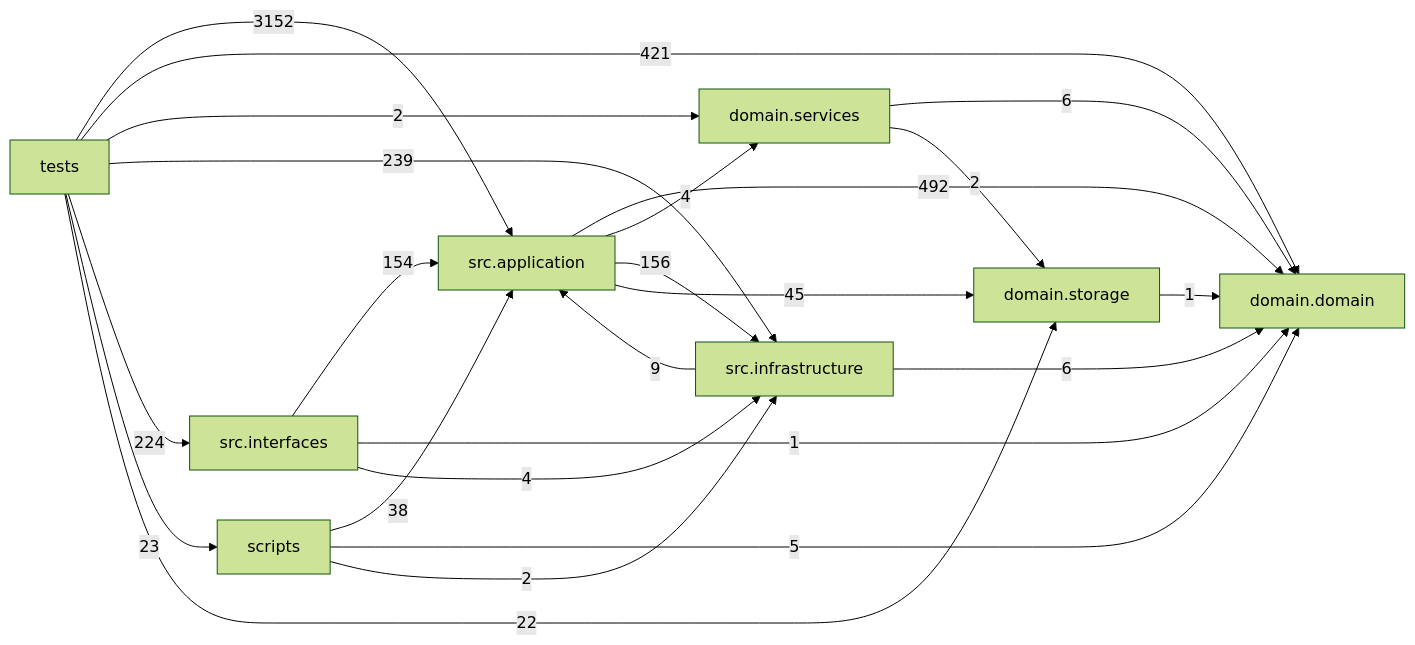
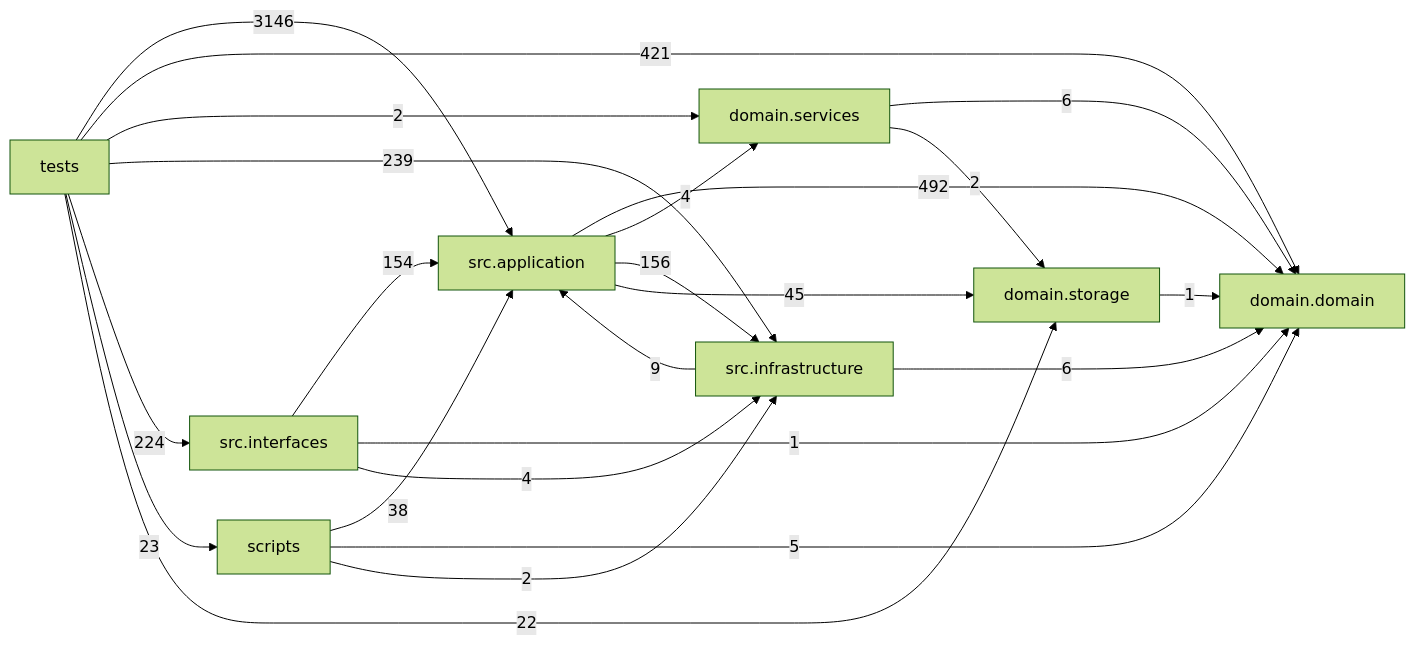
One commit to liuxie066/options-monitor changed the diagram in docs/DEPENDENCY_GRAPH.md. Above: the diagram before and after it, drawn with Mermaid (forest theme). The commit also changed other lines of this file and 14 other files, not shown here.

````diff
--- a/docs/DEPENDENCY_GRAPH.md
+++ b/docs/DEPENDENCY_GRAPH.md
@@ -24,33 +24,33 @@
 ```mermaid
 flowchart LR
   tests["tests"]
   scripts["scripts"]
   interfaces["src.interfaces"]
   application["src.application"]
   infrastructure["src.infrastructure"]
   domain_services["domain.services"]
   domain["domain.domain"]
   storage["domain.storage"]
   application -->|492| domain
   application -->|4| domain_services
   application -->|156| infrastructure
   application -->|45| storage
   domain_services -->|6| domain
   domain_services -->|2| storage
   infrastructure -->|9| application
   infrastructure -->|6| domain
   interfaces -->|154| application
   interfaces -->|1| domain
   interfaces -->|4| infrastructure
   scripts -->|38| application
   scripts -->|5| domain
   scripts -->|2| infrastructure
   storage -->|1| domain
-  tests -->|3152| application
+  tests -->|3146| application
   tests -->|421| domain
   tests -->|2| domain_services
   tests -->|239| infrastructure
   tests -->|224| interfaces
   tests -->|23| scripts
   tests -->|22| storage
 ```
````
